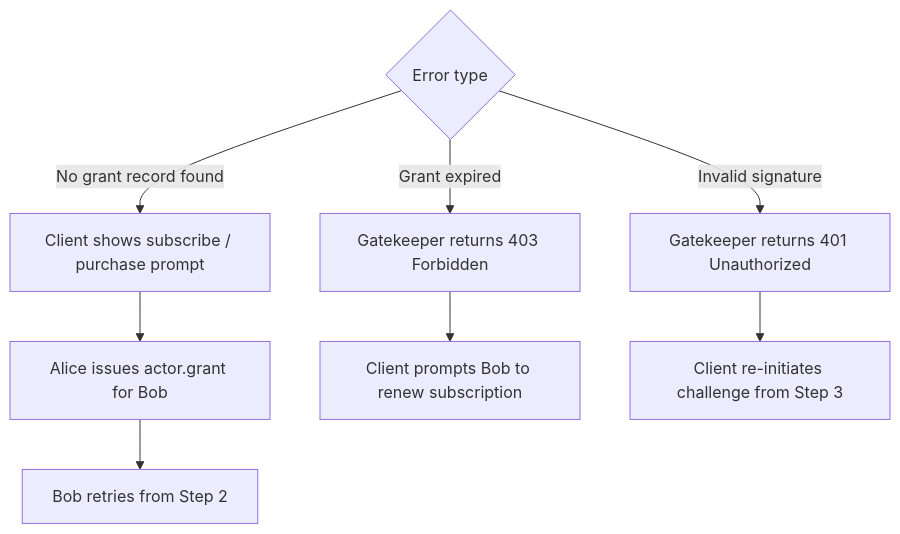
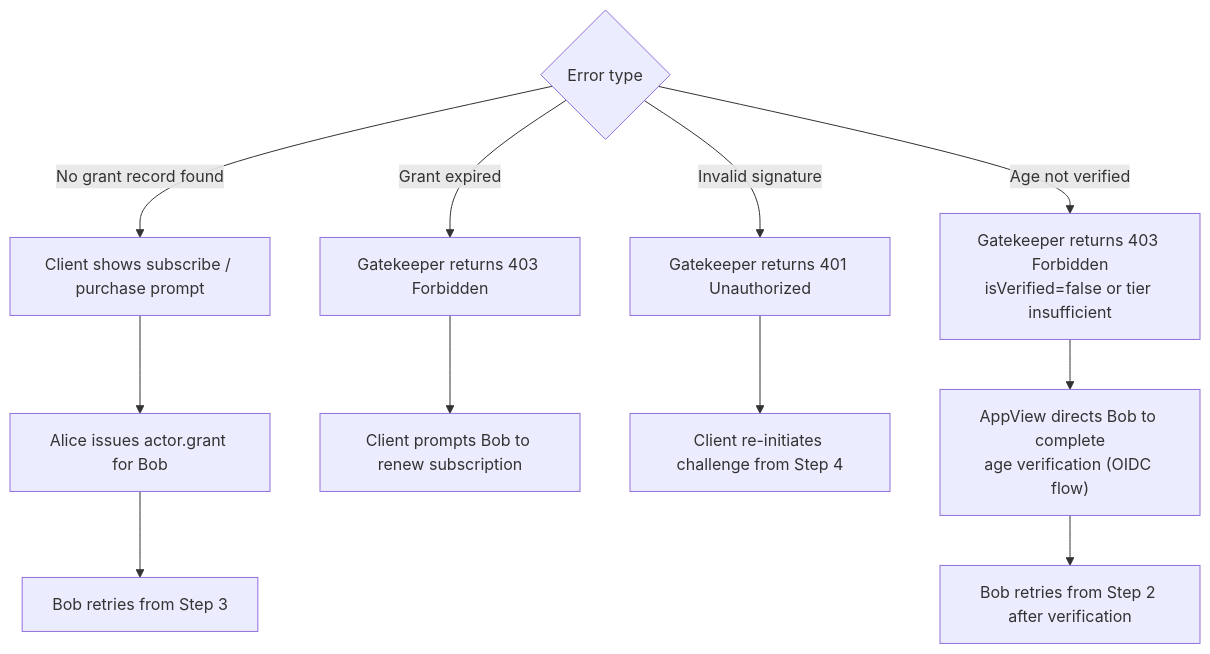
The second of 2 diagrams in docs/architecture/03-access-workflow.md (straiforos/Traiforce-Lexicon), drawn with Mermaid before and after one commit. The commit also changed other lines of this file and 3 other files, not shown here.

Commit message:
Capture verify lexicons in architecture docs and flows

````diff
--- a/docs/architecture/03-access-workflow.md
+++ b/docs/architecture/03-access-workflow.md
@@ -97,14 +111,18 @@
 ```mermaid
 flowchart TD
     E{"Error type"}
 
     E -->|"No grant record found"| A1["Client shows subscribe / purchase prompt"]
     A1 --> A2["Alice issues actor.grant for Bob"]
-    A2 --> A3["Bob retries from Step 2"]
+    A2 --> A3["Bob retries from Step 3"]
 
     E -->|"Grant expired"| B1["Gatekeeper returns 403 Forbidden"]
     B1 --> B2["Client prompts Bob to renew subscription"]
 
     E -->|"Invalid signature"| C1["Gatekeeper returns 401 Unauthorized"]
-    C1 --> C2["Client re-initiates challenge from Step 3"]
+    C1 --> C2["Client re-initiates challenge from Step 4"]
+
+    E -->|"Age not verified"| D1["Gatekeeper returns 403 Forbidden<br/>isVerified=false or tier insufficient"]
+    D1 --> D2["AppView directs Bob to complete<br/>age verification (OIDC flow)"]
+    D2 --> D3["Bob retries from Step 2 after verification"]
 ```
````
